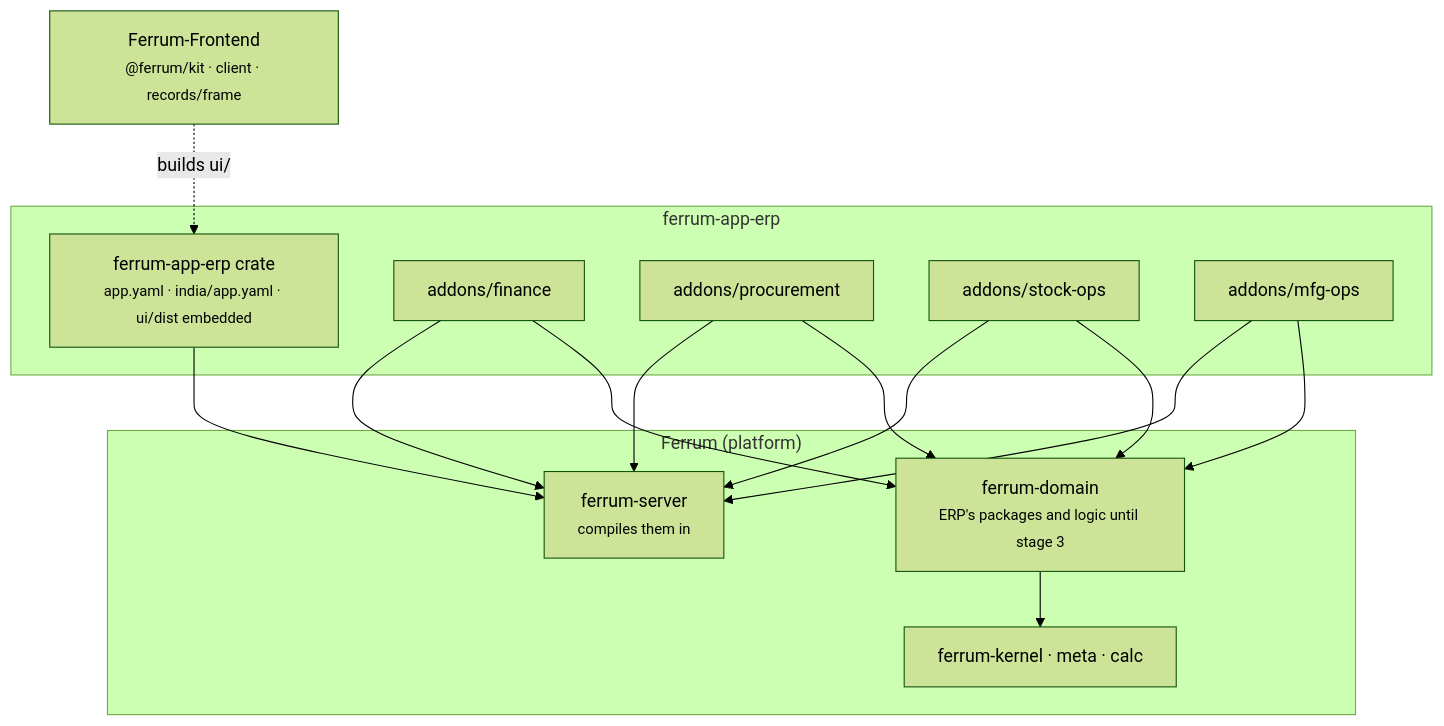
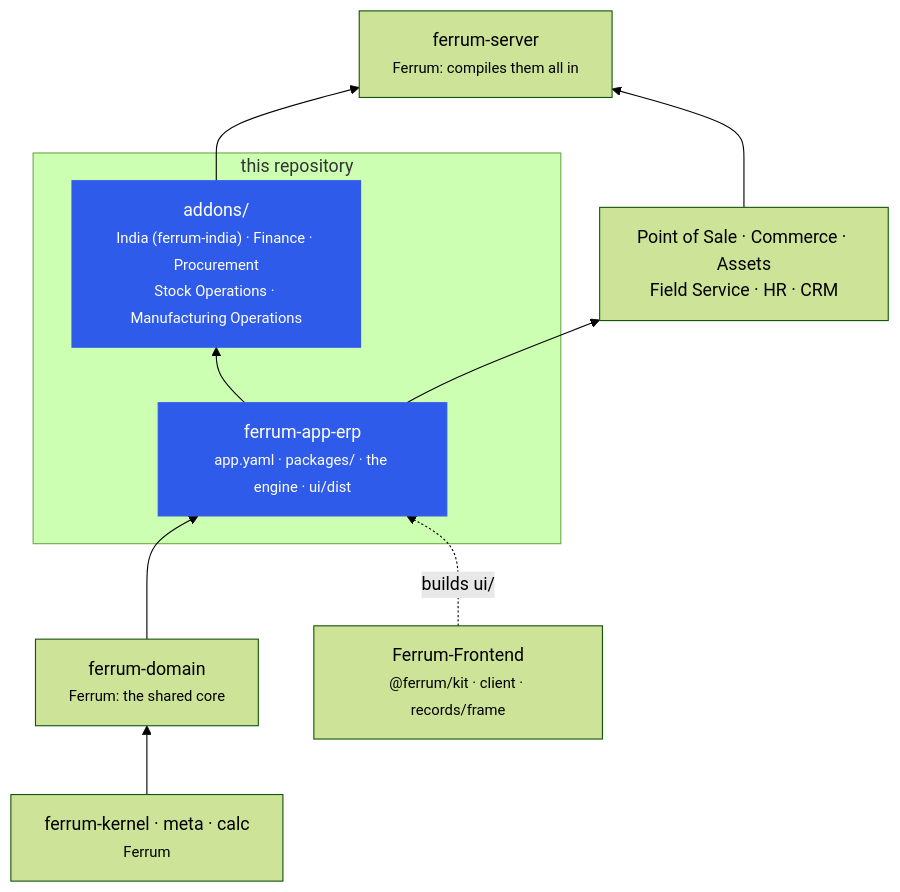
One commit to CBFerrum/ferrum-app-erp changed the third of 3 diagrams in README.md. Above: the diagram before and after it, drawn with Mermaid (forest theme). The commit also changed other lines of this file, not shown here.

Commit message:
README: ERP holds its packages and engine, India is an add-on on the localization seam (stage 3)

````diff
--- a/README.md
+++ b/README.md
@@ -149,21 +174,20 @@
 ```mermaid
-flowchart TB
-    subgraph REPO["ferrum-app-erp"]
-        APP["ferrum-app-erp crate<br/><small>app.yaml · india/app.yaml · ui/dist embedded</small>"]
-        F["addons/finance"]
-        P["addons/procurement"]
-        S["addons/stock-ops"]
-        M["addons/mfg-ops"]
+flowchart BT
+    KER["ferrum-kernel · meta · calc<br/><small>Ferrum</small>"]
+    CORE["ferrum-domain<br/><small>Ferrum: the shared core</small>"]
+    subgraph REPO["this repository"]
+        APP["ferrum-app-erp<br/><small>app.yaml · packages/ · the engine · ui/dist</small>"]
+        ADD["addons/<br/><small>India (ferrum-india) · Finance · Procurement<br/>Stock Operations · Manufacturing Operations</small>"]
     end
-    subgraph FERRUM["Ferrum (platform)"]
-        KER["ferrum-kernel · meta · calc"]
-        DOM2["ferrum-domain<br/><small>ERP's packages and logic until stage 3</small>"]
-        SRV["ferrum-server<br/><small>compiles them in</small>"]
-    end
+    APPS["Point of Sale · Commerce · Assets<br/>Field Service · HR · CRM"]
+    SRV["ferrum-server<br/><small>Ferrum: compiles them all in</small>"]
     FE["Ferrum-Frontend<br/><small>@ferrum/kit · client · records/frame</small>"]
-    APP --> SRV
-    F & P & S & M --> SRV
-    F & P & S & M --> DOM2
-    DOM2 --> KER
+    KER --> CORE --> APP
+    APP --> ADD
+    APP --> APPS
+    ADD --> SRV
+    APPS --> SRV
     FE -. builds ui/ .-> APP
+    classDef erp fill:#2f5bea,color:#fff,stroke:#2f5bea
+    class APP,ADD erp
 ```
````
